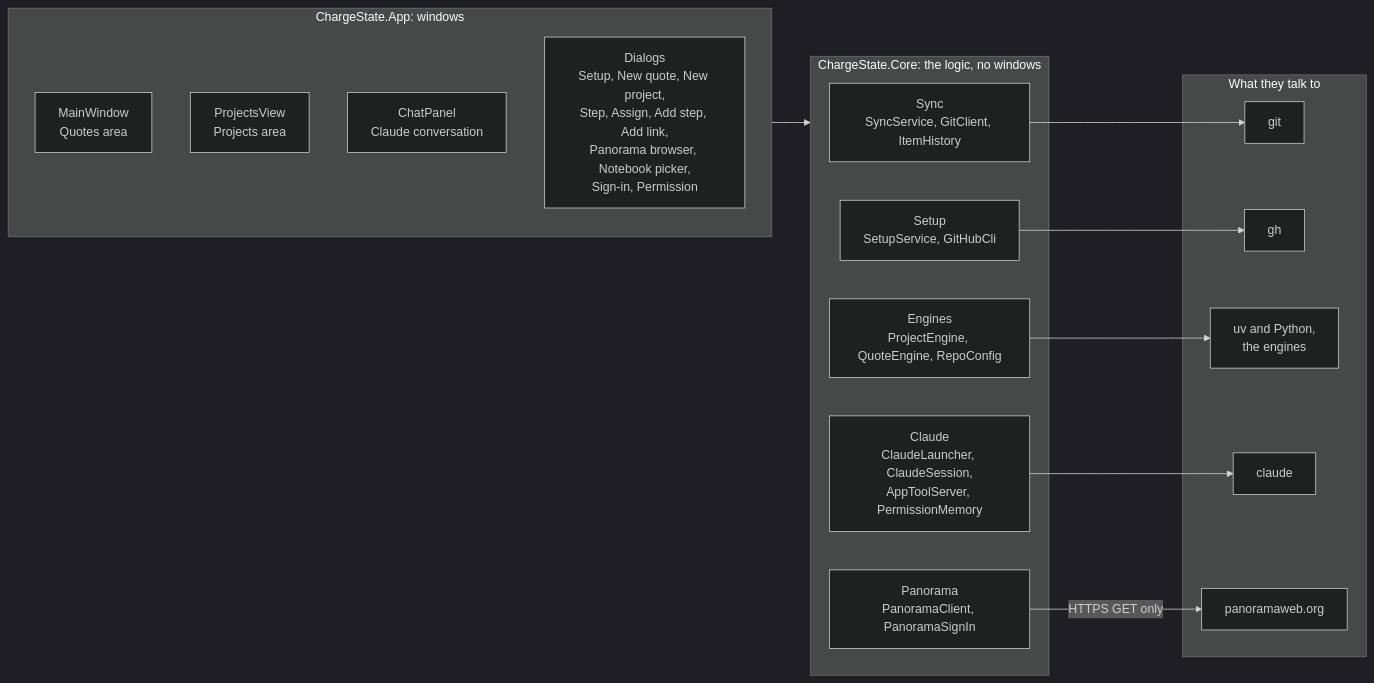
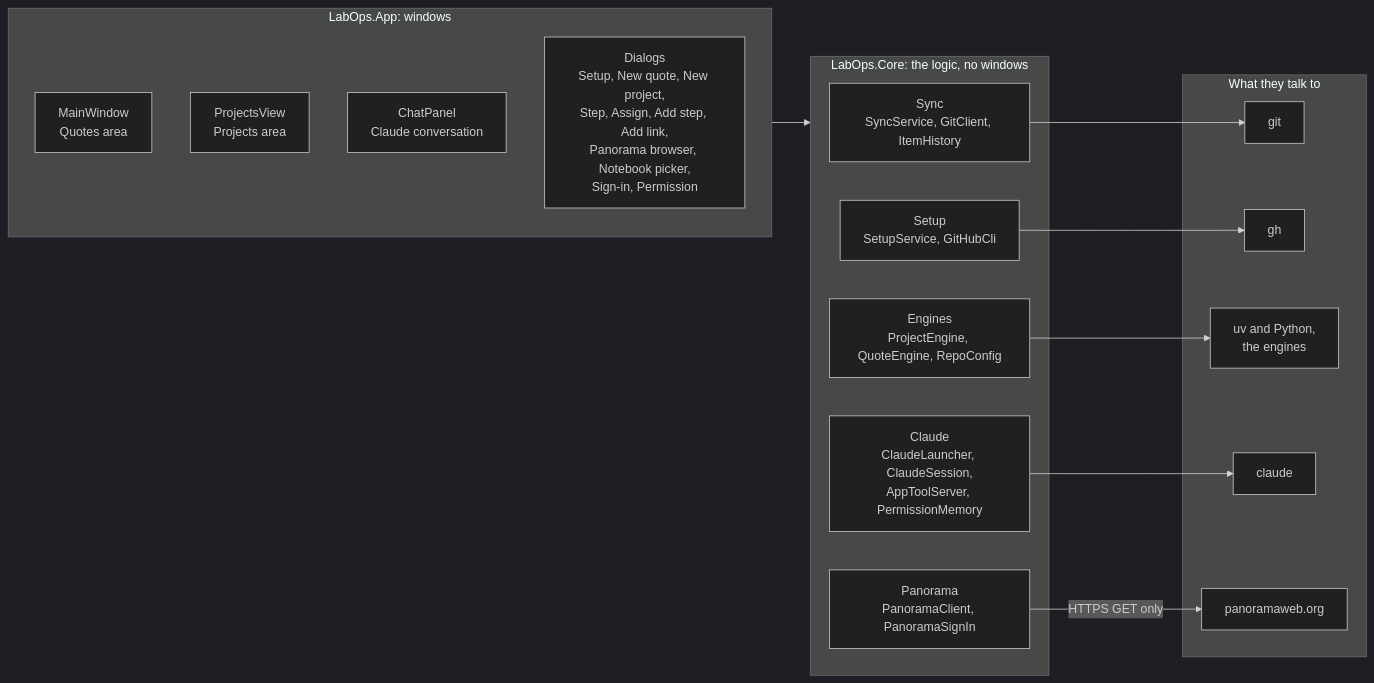
The fourth of 6 diagrams in docs/architecture.md (uw-maccosslab/LabOps), drawn with Mermaid (dark theme) before and after one commit. The commit also changed other lines of this file and 258 other files, not shown here.

First line of the commit message:
Rename the app from ChargeState to LabOps

````diff
--- a/docs/architecture.md
+++ b/docs/architecture.md
@@ -120,32 +120,32 @@
 ```mermaid
 flowchart LR
-    subgraph appProj["ChargeState.App: windows"]
+    subgraph appProj["LabOps.App: windows"]
         main["MainWindow<br/>Quotes area"]
         projects["ProjectsView<br/>Projects area"]
         chat["ChatPanel<br/>Claude conversation"]
         dialogs["Dialogs<br/>Setup, New quote, New project,<br/>Step, Assign, Add step, Add link,<br/>Panorama browser, Notebook picker,<br/>Sign-in, Permission"]
     end
 
-    subgraph core["ChargeState.Core: the logic, no windows"]
+    subgraph core["LabOps.Core: the logic, no windows"]
         sync["Sync<br/>SyncService, GitClient, ItemHistory"]
         setup["Setup<br/>SetupService, GitHubCli"]
         engine["Engines<br/>ProjectEngine, QuoteEngine, RepoConfig"]
         claudeCore["Claude<br/>ClaudeLauncher, ClaudeSession,<br/>AppToolServer, PermissionMemory"]
         pano["Panorama<br/>PanoramaClient, PanoramaSignIn"]
     end
 
     subgraph procs["What they talk to"]
         git["git"]
         gh["gh"]
         uv["uv and Python,<br/>the engines"]
         cc["claude"]
         web["panoramaweb.org"]
     end
 
     appProj --> core
     sync --> git
     setup --> gh
     engine --> uv
     claudeCore --> cc
     pano -->|"HTTPS GET only"| web
 ```
````
